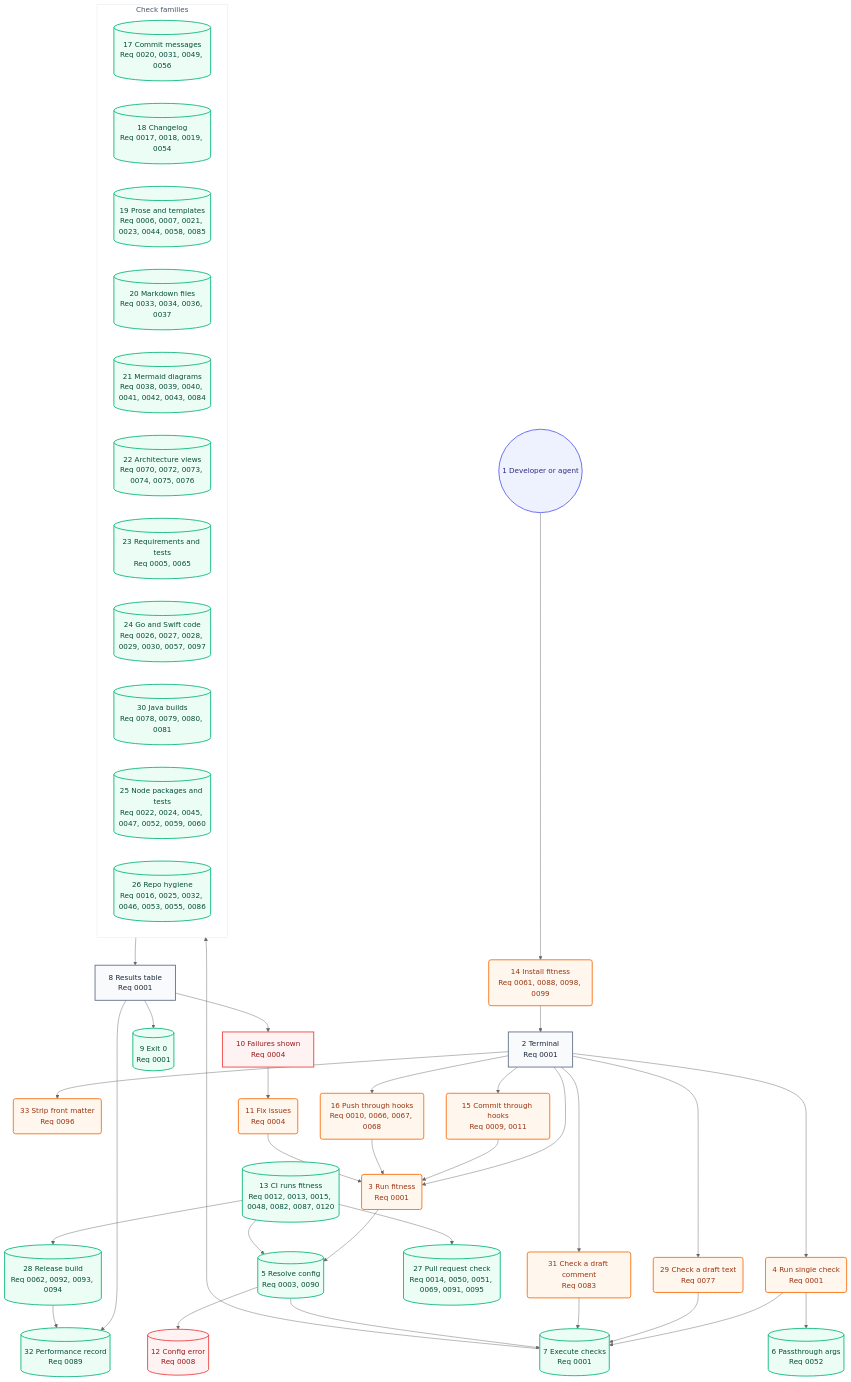
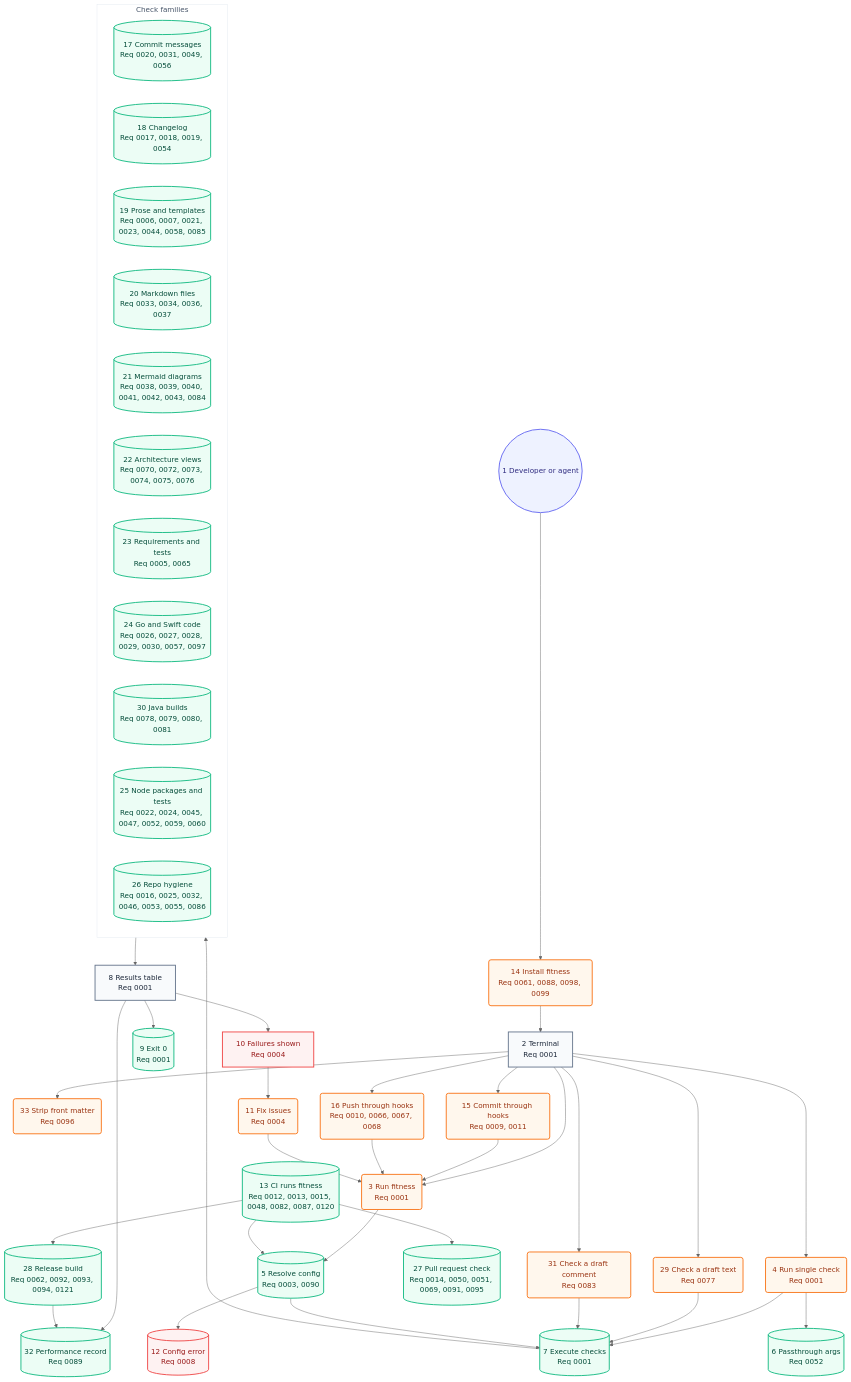
The second of 2 diagrams in docs/architecture/05-user-journey.md (may-journal/fitness-runner), drawn with Mermaid (neutral theme) before and after one commit. The commit also changed 7 other files, not shown here.

````diff
--- a/docs/architecture/05-user-journey.md
+++ b/docs/architecture/05-user-journey.md
@@ -40,78 +40,78 @@
 ```mermaid
 flowchart TB
     dev((1 Developer or agent)):::persona
     install(14 Install fitness<br/>Req 0061, 0088, 0098, 0099):::action
     terminal[2 Terminal<br/>Req 0001]:::screen
     runFull(3 Run fitness<br/>Req 0001):::action
     runSingle(4 Run single check<br/>Req 0001):::action
     runBlob(29 Check a draft text<br/>Req 0077):::action
     runComment(31 Check a draft comment<br/>Req 0083):::action
     stripFront(33 Strip front matter<br/>Req 0096):::action
     commitHook(15 Commit through hooks<br/>Req 0009, 0011):::action
     pushHook(16 Push through hooks<br/>Req 0010, 0066, 0067, 0068):::action
     resolveConfig[(5 Resolve config<br/>Req 0003, 0090)]:::system
     passArgs[(6 Passthrough args<br/>Req 0052)]:::system
     executeChecks[(7 Execute checks<br/>Req 0001)]:::system
 
     subgraph checks["Check families"]
         commitChecks[(17 Commit messages<br/>Req 0020, 0031, 0049, 0056)]:::system
         changelogChecks[(18 Changelog<br/>Req 0017, 0018, 0019, 0054)]:::system
         proseChecks[(19 Prose and templates<br/>Req 0006, 0007, 0021, 0023, 0044, 0058, 0085)]:::system
         markdownChecks[(20 Markdown files<br/>Req 0033, 0034, 0036, 0037)]:::system
         mermaidChecks[(21 Mermaid diagrams<br/>Req 0038, 0039, 0040, 0041, 0042, 0043, 0084)]:::system
         architectureChecks[(22 Architecture views<br/>Req 0070, 0072, 0073, 0074, 0075, 0076)]:::system
         requirementChecks[(23 Requirements and tests<br/>Req 0005, 0065)]:::system
         goSwiftChecks[(24 Go and Swift code<br/>Req 0026, 0027, 0028, 0029, 0030, 0057, 0097)]:::system
         javaChecks[(30 Java builds<br/>Req 0078, 0079, 0080, 0081)]:::system
         nodeChecks[(25 Node packages and tests<br/>Req 0022, 0024, 0045, 0047, 0052, 0059, 0060)]:::system
         repoChecks[(26 Repo hygiene<br/>Req 0016, 0025, 0032, 0046, 0053, 0055, 0086)]:::system
     end
 
     resultsTable[8 Results table<br/>Req 0001]:::screen
     exitZero[(9 Exit 0<br/>Req 0001)]:::system
     failuresShown[10 Failures shown<br/>Req 0004]:::blocked
     fixIssues(11 Fix issues<br/>Req 0004):::action
     configError[(12 Config error<br/>Req 0008)]:::blocked
     ciRun[(13 CI runs fitness<br/>Req 0012, 0013, 0015, 0048, 0082, 0087, 0120)]:::system
     prCheck[(27 Pull request check<br/>Req 0014, 0050, 0051, 0069, 0091, 0095)]:::system
-    release[(28 Release build<br/>Req 0062, 0092, 0093, 0094)]:::system
+    release[(28 Release build<br/>Req 0062, 0092, 0093, 0094, 0121)]:::system
     perfRecord[(32 Performance record<br/>Req 0089)]:::system
 
     dev --> install
     install --> terminal
     terminal --> runFull
     terminal --> runSingle
     terminal --> commitHook
     terminal --> pushHook
     terminal --> runBlob
     terminal --> runComment
     terminal --> stripFront
     commitHook --> runFull
     pushHook --> runFull
     runFull --> resolveConfig
     runSingle --> executeChecks
     runSingle --> passArgs
     runBlob --> executeChecks
     runComment --> executeChecks
     resolveConfig --> executeChecks
     resolveConfig --> configError
     executeChecks --> checks
     checks --> resultsTable
     resultsTable --> exitZero
     resultsTable --> failuresShown
     failuresShown --> fixIssues
     fixIssues --> runFull
     ciRun --> resolveConfig
     ciRun --> prCheck
     ciRun --> release
     resultsTable --> perfRecord
     release --> perfRecord
 
     classDef persona fill:#eef2ff,stroke:#6366f1,color:#312e81,stroke-width:2px
     classDef screen fill:#f8fafc,stroke:#64748b,color:#1e293b,stroke-width:2px
     classDef action fill:#fff7ed,stroke:#f97316,color:#9a3412,stroke-width:2px
     classDef system fill:#ecfdf5,stroke:#10b981,color:#064e3b,stroke-width:2px
     classDef blocked fill:#fef2f2,stroke:#ef4444,color:#991b1b,stroke-width:2px
 
     style checks fill:#ffffff,stroke:#e2e8f0,color:#475569,stroke-width:1px
 ```
````
